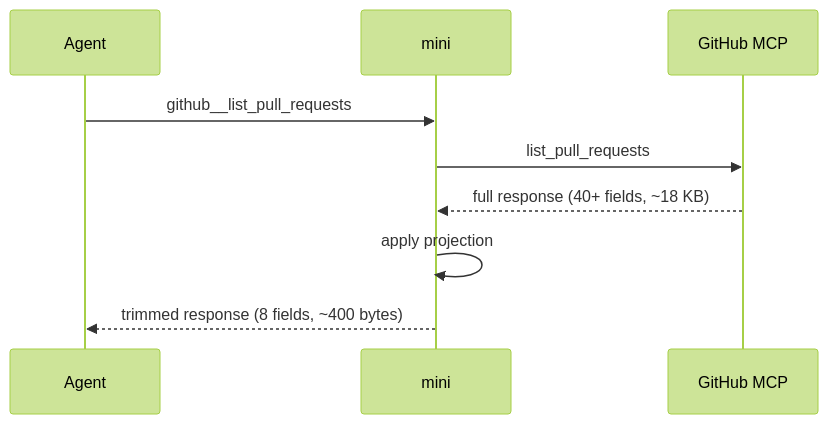
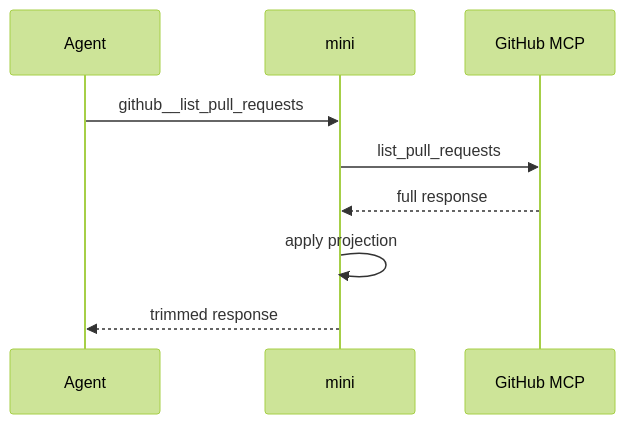
The first of 2 diagrams in README.md (mcpmini/mini), drawn with Mermaid (forest theme) before and after one commit. The commit also changed other lines of this file, not shown here.

````diff
--- a/README.md
+++ b/README.md
@@ -130,12 +119,12 @@
 ```mermaid
 sequenceDiagram
     participant Agent
     participant mini
     participant Upstream as GitHub MCP
 
     Agent->>mini: github__list_pull_requests
     mini->>Upstream: list_pull_requests
-    Upstream-->>mini: full response (40+ fields, ~18 KB)
+    Upstream-->>mini: full response
     mini->>mini: apply projection
-    mini-->>Agent: trimmed response (8 fields, ~400 bytes)
+    mini-->>Agent: trimmed response
 ```
````
